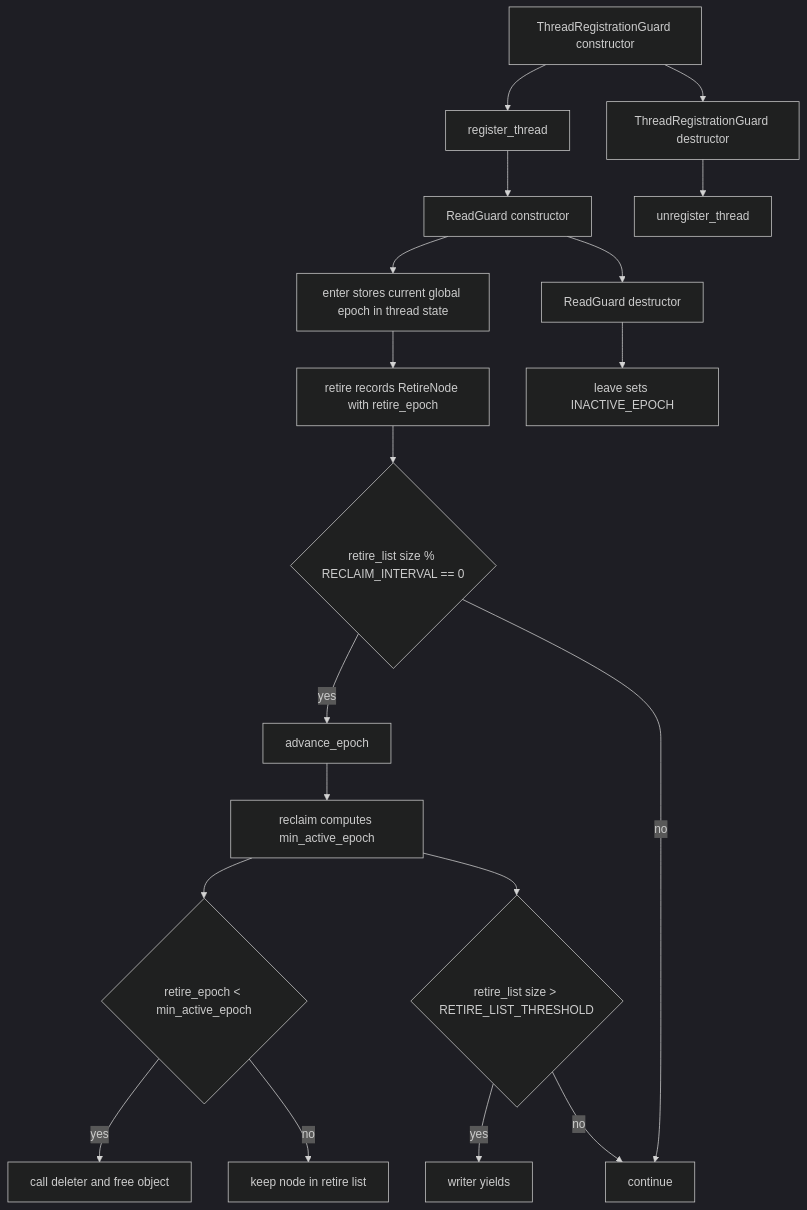
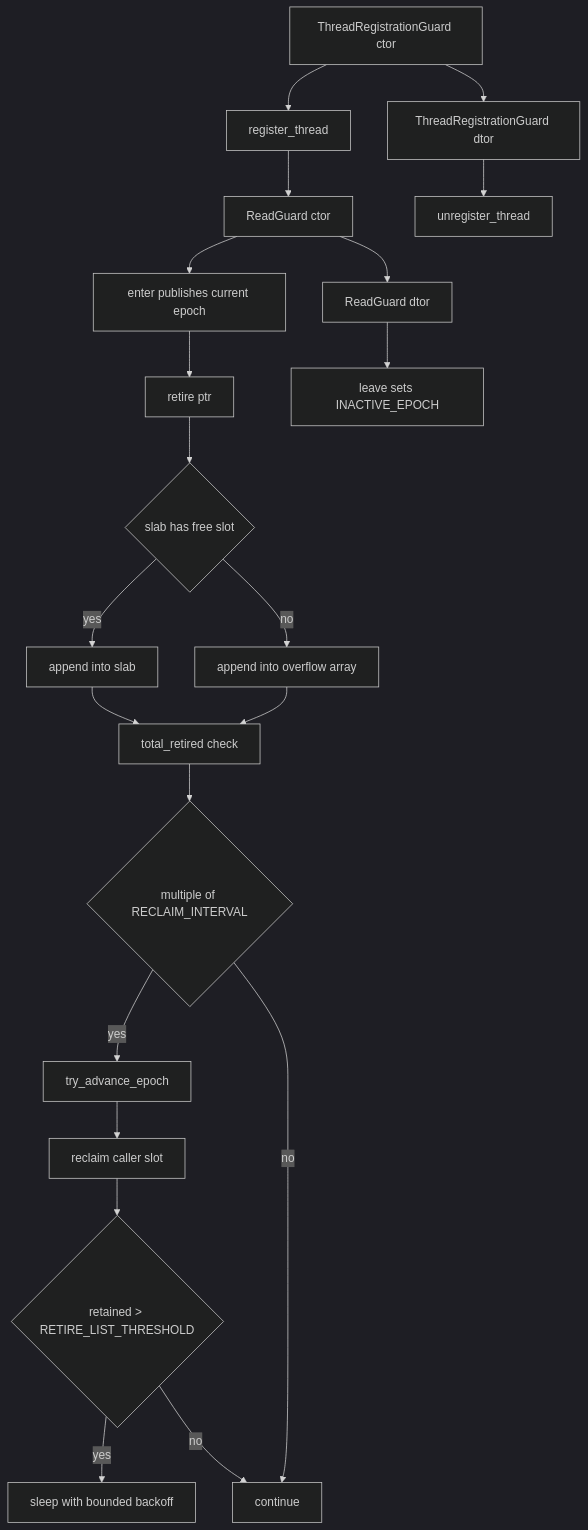
One commit to ankitkr-04/strata-db changed the first of 3 diagrams in docs/architecture/01-epoch-reclamation.md. Above: the diagram before and after it, drawn with Mermaid (dark theme). The commit also changed other lines of this file and 8 other files, not shown here.

First line of the commit message:
Refactor architecture documentation and add WAL staging

````diff
--- a/docs/architecture/01-epoch-reclamation.md
+++ b/docs/architecture/01-epoch-reclamation.md
@@ -56,21 +57,23 @@
 ```mermaid
 flowchart TD
-    A[ThreadRegistrationGuard constructor] --> B[register_thread]
-    B --> C[ReadGuard constructor]
-    C --> D[enter stores current global epoch in thread state]
-    D --> E[retire records RetireNode with retire_epoch]
-    E --> F{"retire_list size % RECLAIM_INTERVAL == 0"}
-    F -- yes --> G[advance_epoch]
-    G --> H[reclaim computes min_active_epoch]
-    H --> I{"retire_epoch < min_active_epoch"}
-    I -- yes --> J[call deleter and free object]
-    I -- no --> K[keep node in retire list]
-    H --> L{"retire_list size > RETIRE_LIST_THRESHOLD"}
-    L -- yes --> M[writer yields]
-    L -- no --> N[continue]
-    F -- no --> N
-    C --> R[ReadGuard destructor]
-    R --> S[leave sets INACTIVE_EPOCH]
-    A --> T[ThreadRegistrationGuard destructor]
-    T --> U[unregister_thread]
+    A[ThreadRegistrationGuard ctor] --> B[register_thread]
+    B --> C[ReadGuard ctor]
+    C --> D[enter publishes current epoch]
+    D --> E[retire ptr]
+    E --> F{slab has free slot}
+    F -- yes --> G[append into slab]
+    F -- no --> H[append into overflow array]
+    G --> I[total_retired check]
+    H --> I
+    I --> J{multiple of RECLAIM_INTERVAL}
+    J -- yes --> K[try_advance_epoch]
+    K --> L[reclaim caller slot]
+    L --> M{retained > RETIRE_LIST_THRESHOLD}
+    M -- yes --> N[sleep with bounded backoff]
+    M -- no --> O[continue]
+    J -- no --> O
+    C --> P[ReadGuard dtor]
+    P --> Q[leave sets INACTIVE_EPOCH]
+    A --> R[ThreadRegistrationGuard dtor]
+    R --> S[unregister_thread]
 ```
````
